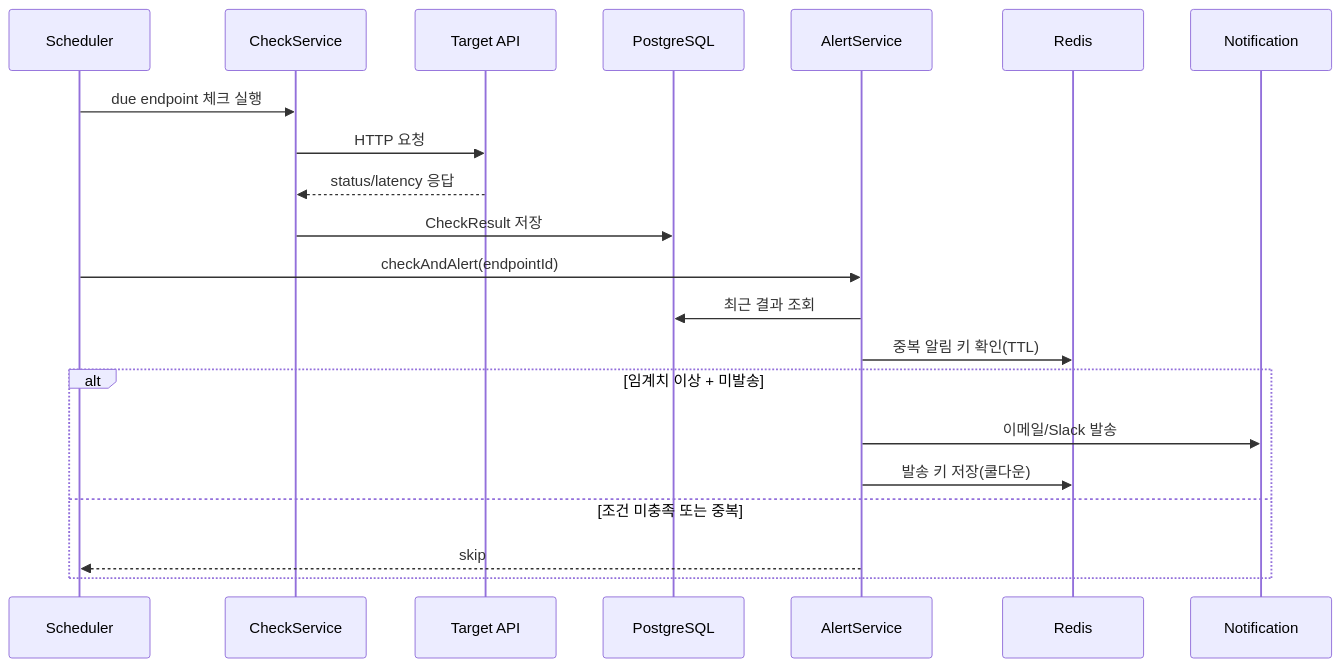
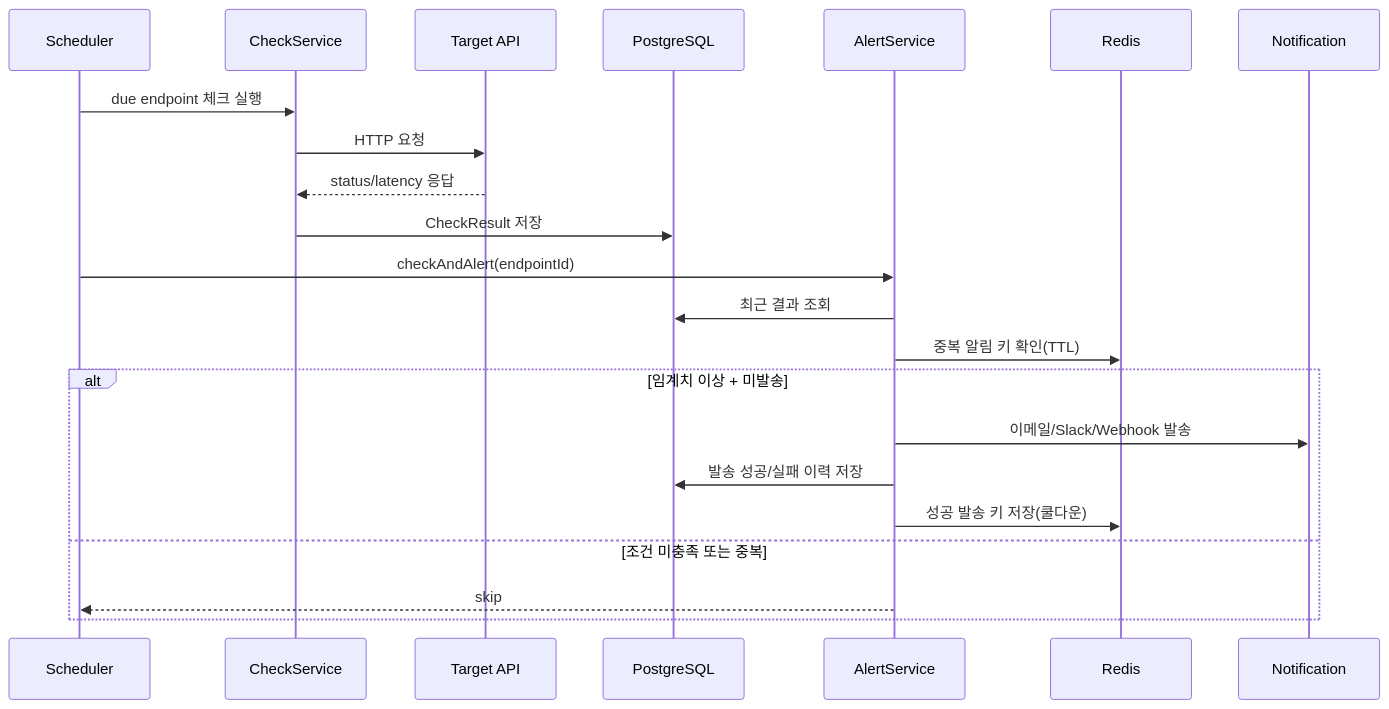
One commit to ksyee/apiguard-backend changed the second of 2 diagrams in README.md. Above: the diagram before and after it, drawn with Mermaid. The commit also changed other lines of this file and 59 other files, not shown here.

````diff
--- a/README.md
+++ b/README.md
@@ -130,24 +143,25 @@
 ```mermaid
 sequenceDiagram
     participant S as Scheduler
     participant C as CheckService
     participant T as Target API
     participant DB as PostgreSQL
     participant A as AlertService
     participant R as Redis
     participant N as Notification
 
     S->>C: due endpoint 체크 실행
     C->>T: HTTP 요청
     T-->>C: status/latency 응답
     C->>DB: CheckResult 저장
     S->>A: checkAndAlert(endpointId)
     A->>DB: 최근 결과 조회
     A->>R: 중복 알림 키 확인(TTL)
     alt 임계치 이상 + 미발송
-        A->>N: 이메일/Slack 발송
-        A->>R: 발송 키 저장(쿨다운)
+        A->>N: 이메일/Slack/Webhook 발송
+        A->>DB: 발송 성공/실패 이력 저장
+        A->>R: 성공 발송 키 저장(쿨다운)
     else 조건 미충족 또는 중복
         A-->>S: skip
     end
 ```
````
